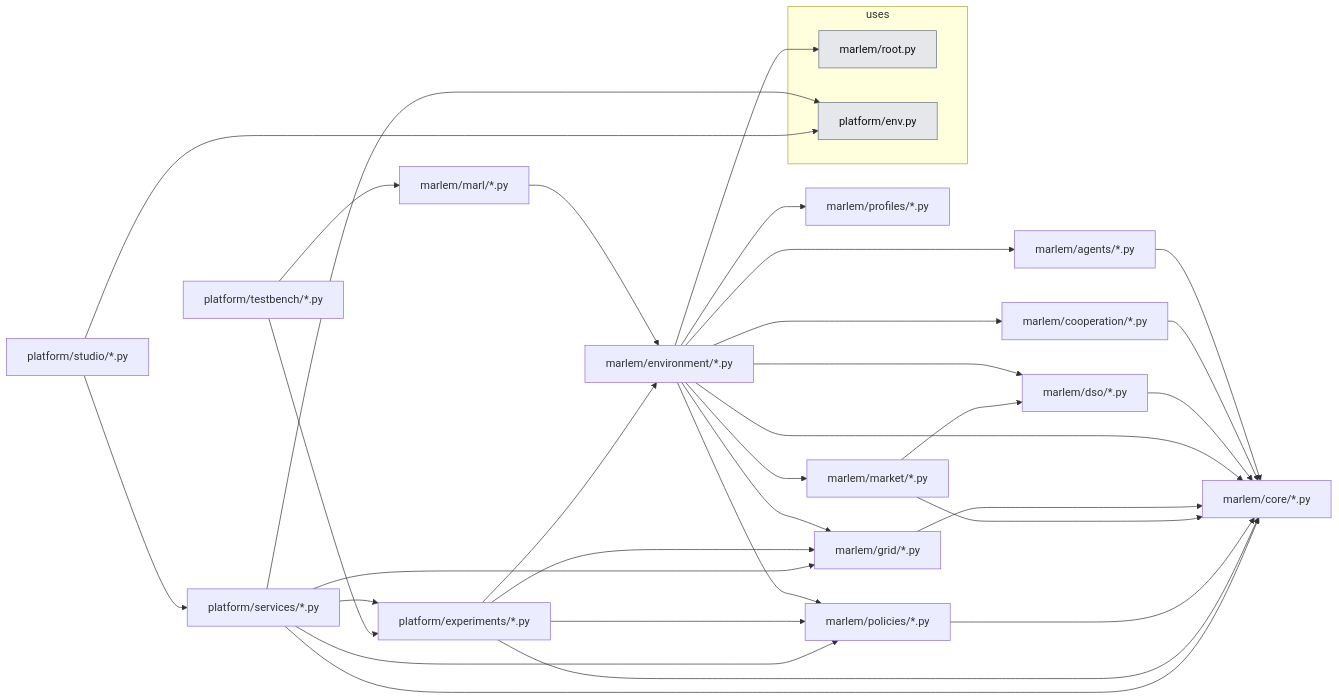
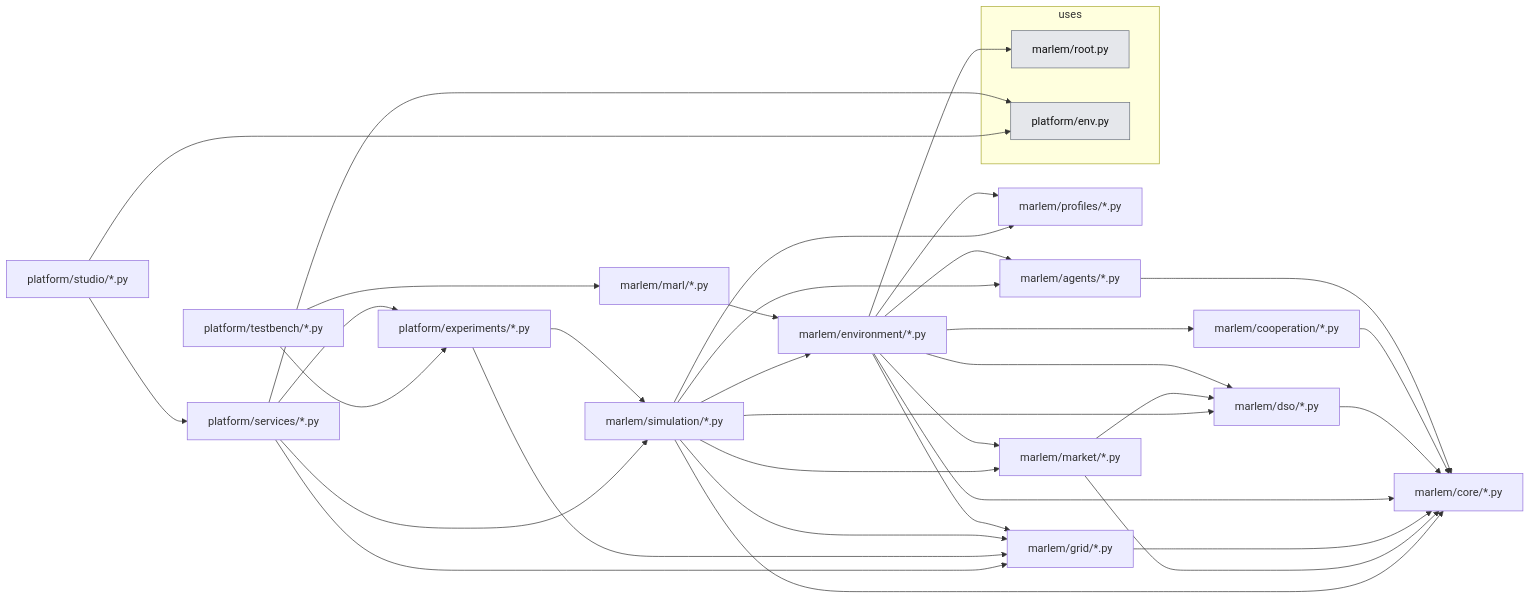
The second of 2 diagrams in src_thesis/README.md (KevinRapo/P2P-thesis), drawn with Mermaid before and after one commit. The commit also changed other lines of this file and 36 other files, not shown here.

First line of the commit message:
refactor(simulation): one marlem/simulation package for playing a day

````diff
--- a/src_thesis/README.md
+++ b/src_thesis/README.md
@@ -89,52 +89,54 @@
 ```mermaid
 flowchart LR
   n_marlem_agents__["marlem/agents/*.py"]
   n_marlem_cooperation__["marlem/cooperation/*.py"]
   n_marlem_core__["marlem/core/*.py"]
   n_marlem_dso__["marlem/dso/*.py"]
   n_marlem_environment__["marlem/environment/*.py"]
   n_marlem_grid__["marlem/grid/*.py"]
   n_marlem_market__["marlem/market/*.py"]
   n_marlem_marl__["marlem/marl/*.py"]
-  n_marlem_policies__["marlem/policies/*.py"]
   n_marlem_profiles__["marlem/profiles/*.py"]
+  n_marlem_simulation__["marlem/simulation/*.py"]
   n_platform_experiments__["platform/experiments/*.py"]
   n_platform_services__["platform/services/*.py"]
   n_platform_studio__["platform/studio/*.py"]
   n_platform_testbench__["platform/testbench/*.py"]
   subgraph USES["uses"]
     n_marlem_root["marlem/root.py"]:::ext
     n_platform_env["platform/env.py"]:::ext
   end
   n_marlem_agents__ --> n_marlem_core__
   n_marlem_cooperation__ --> n_marlem_core__
   n_marlem_dso__ --> n_marlem_core__
   n_marlem_environment__ --> n_marlem_agents__
   n_marlem_environment__ --> n_marlem_cooperation__
   n_marlem_environment__ --> n_marlem_core__
   n_marlem_environment__ --> n_marlem_dso__
   n_marlem_environment__ --> n_marlem_grid__
   n_marlem_environment__ --> n_marlem_market__
-  n_marlem_environment__ --> n_marlem_policies__
   n_marlem_environment__ --> n_marlem_profiles__
   n_marlem_environment__ --> n_marlem_root
   n_marlem_grid__ --> n_marlem_core__
   n_marlem_market__ --> n_marlem_core__
   n_marlem_market__ --> n_marlem_dso__
   n_marlem_marl__ --> n_marlem_environment__
-  n_marlem_policies__ --> n_marlem_core__
-  n_platform_experiments__ --> n_marlem_core__
-  n_platform_experiments__ --> n_marlem_environment__
+  n_marlem_simulation__ --> n_marlem_agents__
+  n_marlem_simulation__ --> n_marlem_core__
+  n_marlem_simulation__ --> n_marlem_dso__
+  n_marlem_simulation__ --> n_marlem_environment__
+  n_marlem_simulation__ --> n_marlem_grid__
+  n_marlem_simulation__ --> n_marlem_market__
+  n_marlem_simulation__ --> n_marlem_profiles__
   n_platform_experiments__ --> n_marlem_grid__
-  n_platform_experiments__ --> n_marlem_policies__
-  n_platform_services__ --> n_marlem_core__
+  n_platform_experiments__ --> n_marlem_simulation__
   n_platform_services__ --> n_marlem_grid__
-  n_platform_services__ --> n_marlem_policies__
+  n_platform_services__ --> n_marlem_simulation__
   n_platform_services__ --> n_platform_env
   n_platform_services__ --> n_platform_experiments__
   n_platform_studio__ --> n_platform_env
   n_platform_studio__ --> n_platform_services__
   n_platform_testbench__ --> n_marlem_marl__
   n_platform_testbench__ --> n_platform_experiments__
   classDef ext fill:#e5e7eb,stroke:#6b7280,color:#111
 ```
````
